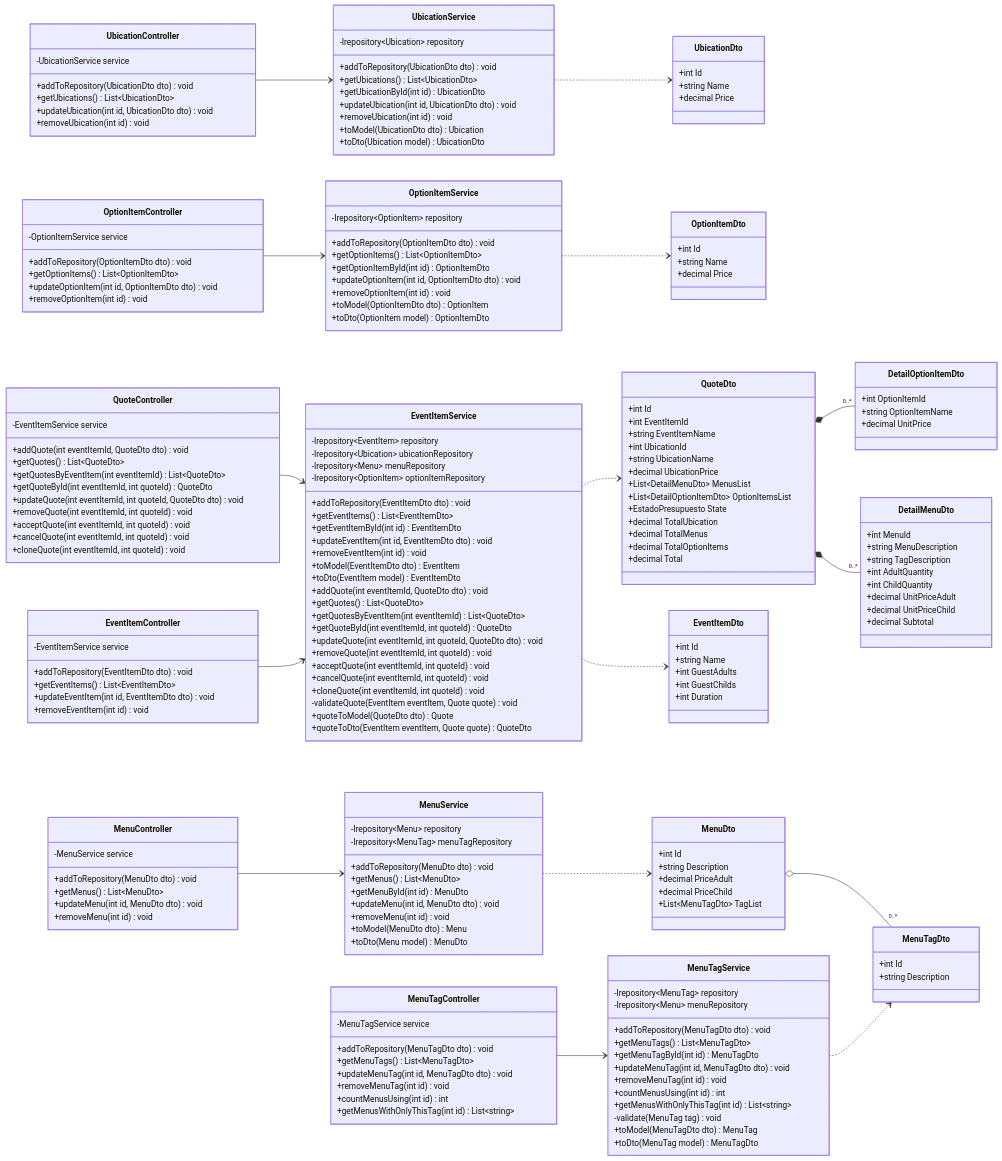
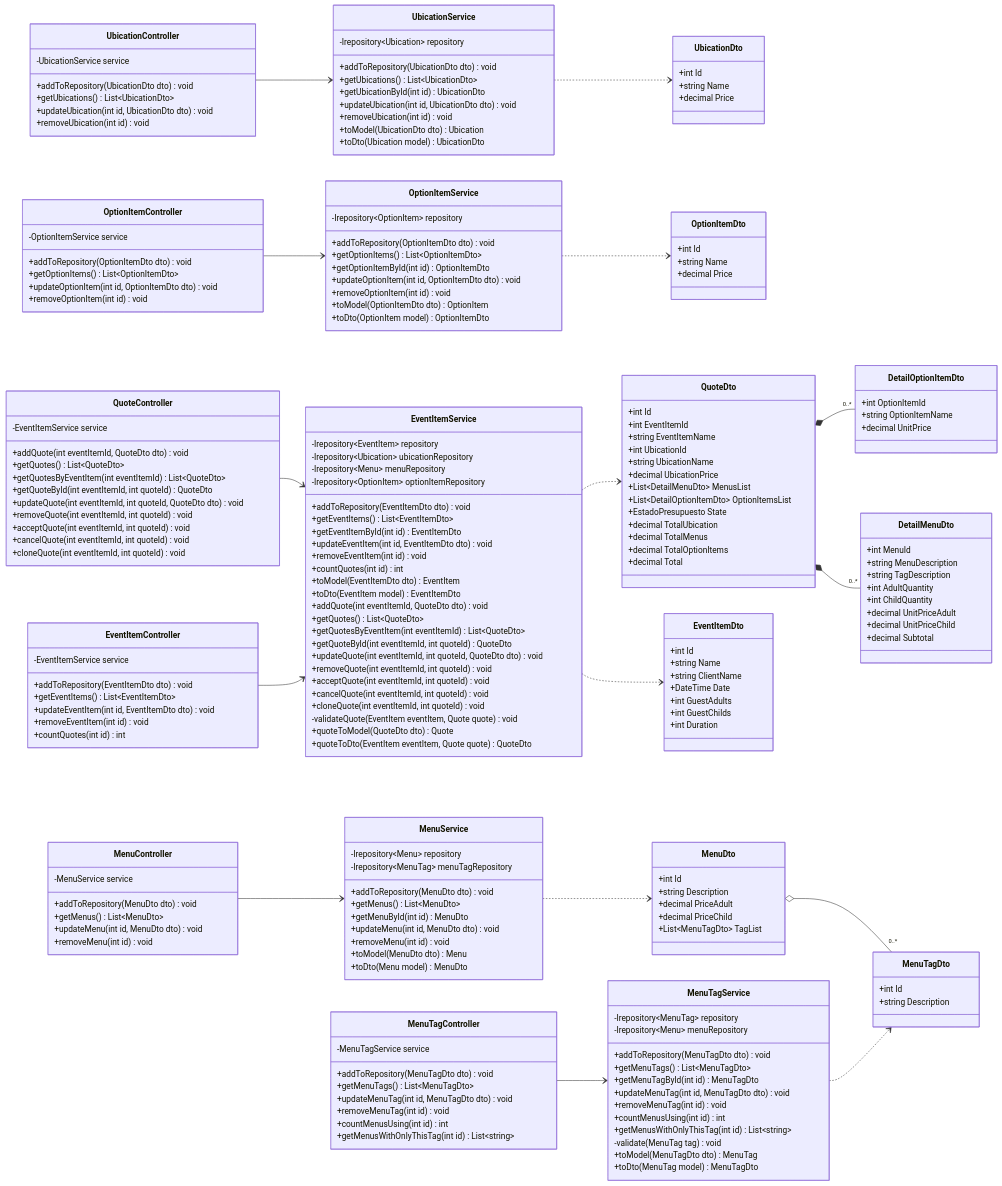
The fourth of 6 diagrams in Docs/UML.md (ArdanzaLucas/ProyectoGestionEventos), drawn with Mermaid before and after one commit. The commit also changed other lines of this file and 10 other files, not shown here.

```diff
--- a/Docs/UML.md
+++ b/Docs/UML.md
@@ -377,6 +383,8 @@
 class EventItemDto {
   +int Id
   +string Name
+  +string ClientName
+  +DateTime Date
   +int GuestAdults
   +int GuestChilds
   +int Duration
@@ -470,6 +478,7 @@
   +getEventItemById(int id) EventItemDto
   +updateEventItem(int id, EventItemDto dto) void
   +removeEventItem(int id) void
+  +countQuotes(int id) int
   +toModel(EventItemDto dto) EventItem
   +toDto(EventItem model) EventItemDto
   +addQuote(int eventItemId, QuoteDto dto) void
@@ -523,6 +532,7 @@
   +getEventItems() List~EventItemDto~
   +updateEventItem(int id, EventItemDto dto) void
   +removeEventItem(int id) void
+  +countQuotes(int id) int
 }
 class QuoteController {
   -EventItemService service
```
